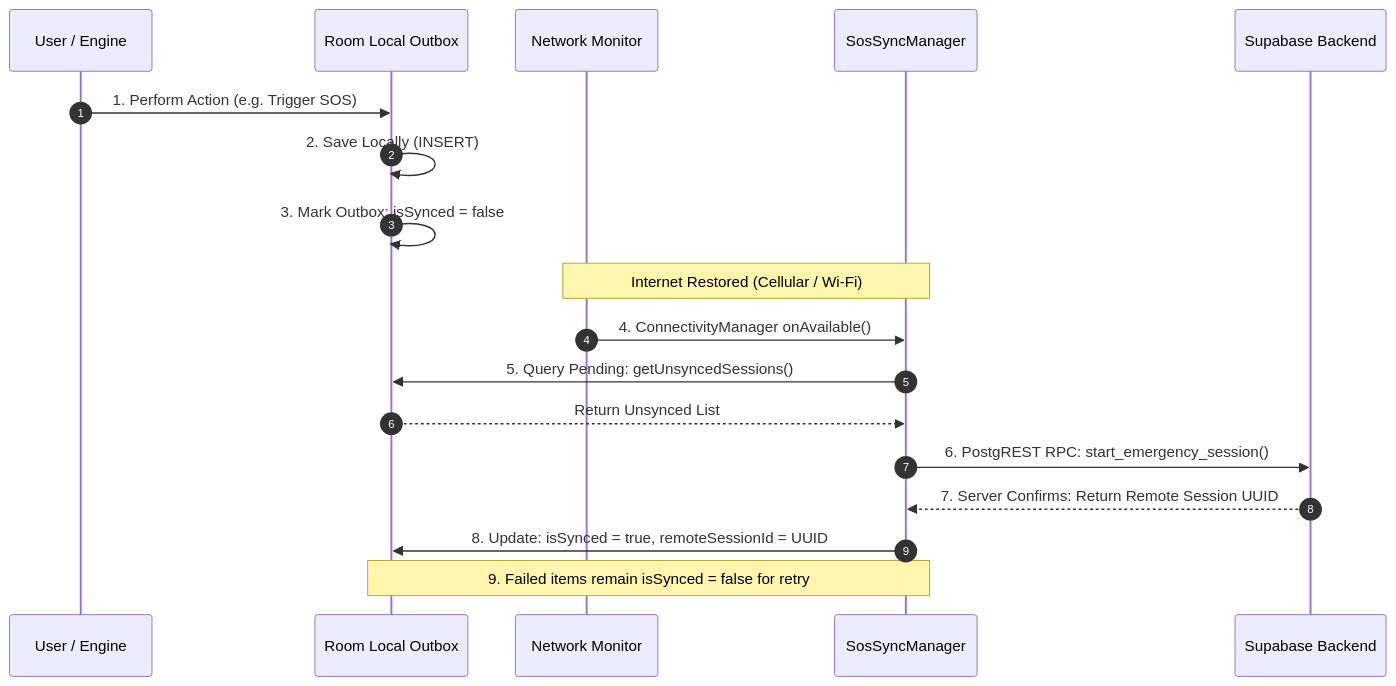
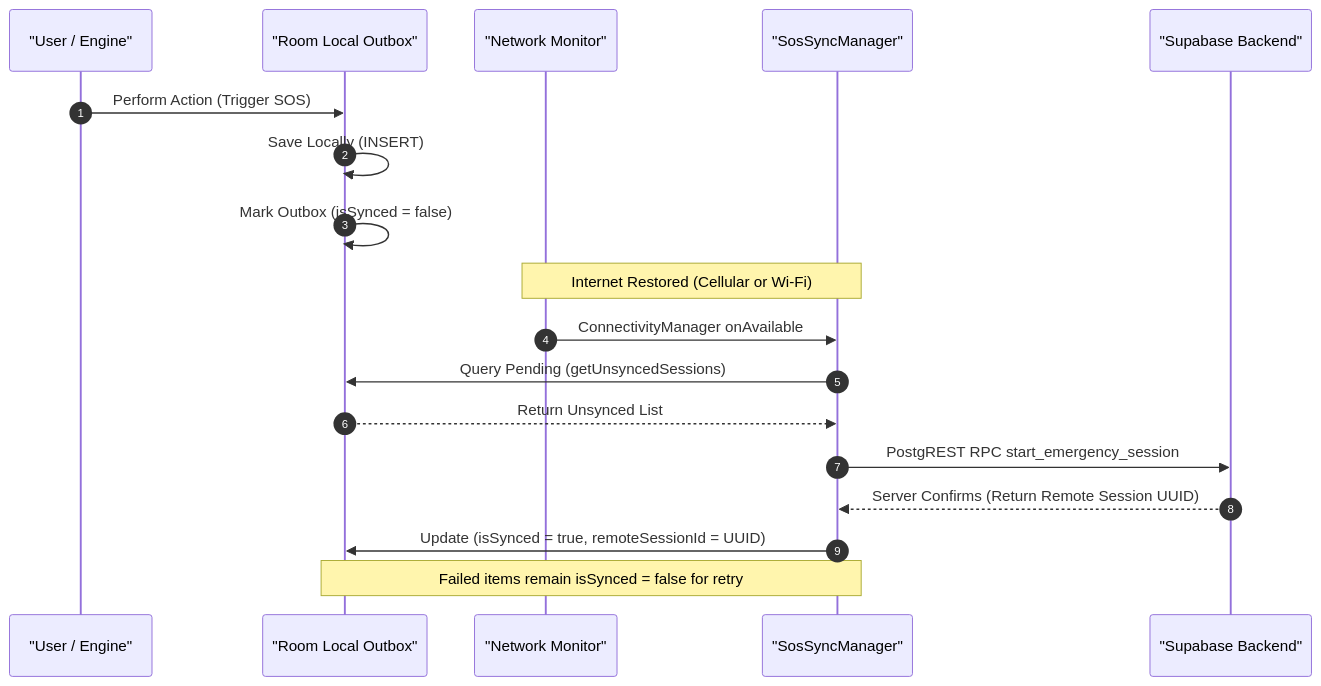
Before and after one commit to chetanngavali/DrishtiAi: the diagram in docs/offline-first/synchronization.md, drawn with Mermaid. The commit also changed 17 other files, not shown here.

Commit message:
docs: sanitize all Mermaid diagram syntax for GitHub markdown renderer

````diff
--- a/docs/offline-first/synchronization.md
+++ b/docs/offline-first/synchronization.md
@@ -7,22 +7,22 @@
 ```mermaid
 sequenceDiagram
     autonumber
-    participant UI as User / Engine
-    participant Room as Room Local Outbox
-    participant Net as Network Monitor
-    participant Sync as SosSyncManager
-    participant Cloud as Supabase Backend
+    participant UI as "User / Engine"
+    participant Room as "Room Local Outbox"
+    participant Net as "Network Monitor"
+    participant Sync as "SosSyncManager"
+    participant Cloud as "Supabase Backend"
 
-    UI->>Room: 1. Perform Action (e.g. Trigger SOS)
-    Room->>Room: 2. Save Locally (INSERT)
-    Room->>Room: 3. Mark Outbox: isSynced = false
+    UI->>Room: Perform Action (Trigger SOS)
+    Room->>Room: Save Locally (INSERT)
+    Room->>Room: Mark Outbox (isSynced = false)
     
-    Note over Net,Sync: Internet Restored (Cellular / Wi-Fi)
-    Net->>Sync: 4. ConnectivityManager onAvailable()
-    Sync->>Room: 5. Query Pending: getUnsyncedSessions()
+    Note over Net,Sync: Internet Restored (Cellular or Wi-Fi)
+    Net->>Sync: ConnectivityManager onAvailable
+    Sync->>Room: Query Pending (getUnsyncedSessions)
     Room-->>Sync: Return Unsynced List
-    Sync->>Cloud: 6. PostgREST RPC: start_emergency_session()
-    Cloud-->>Sync: 7. Server Confirms: Return Remote Session UUID
-    Sync->>Room: 8. Update: isSynced = true, remoteSessionId = UUID
-    Note over Sync,Room: 9. Failed items remain isSynced = false for retry
+    Sync->>Cloud: PostgREST RPC start_emergency_session
+    Cloud-->>Sync: Server Confirms (Return Remote Session UUID)
+    Sync->>Room: Update (isSynced = true, remoteSessionId = UUID)
+    Note over Sync,Room: Failed items remain isSynced = false for retry
 ```
````
